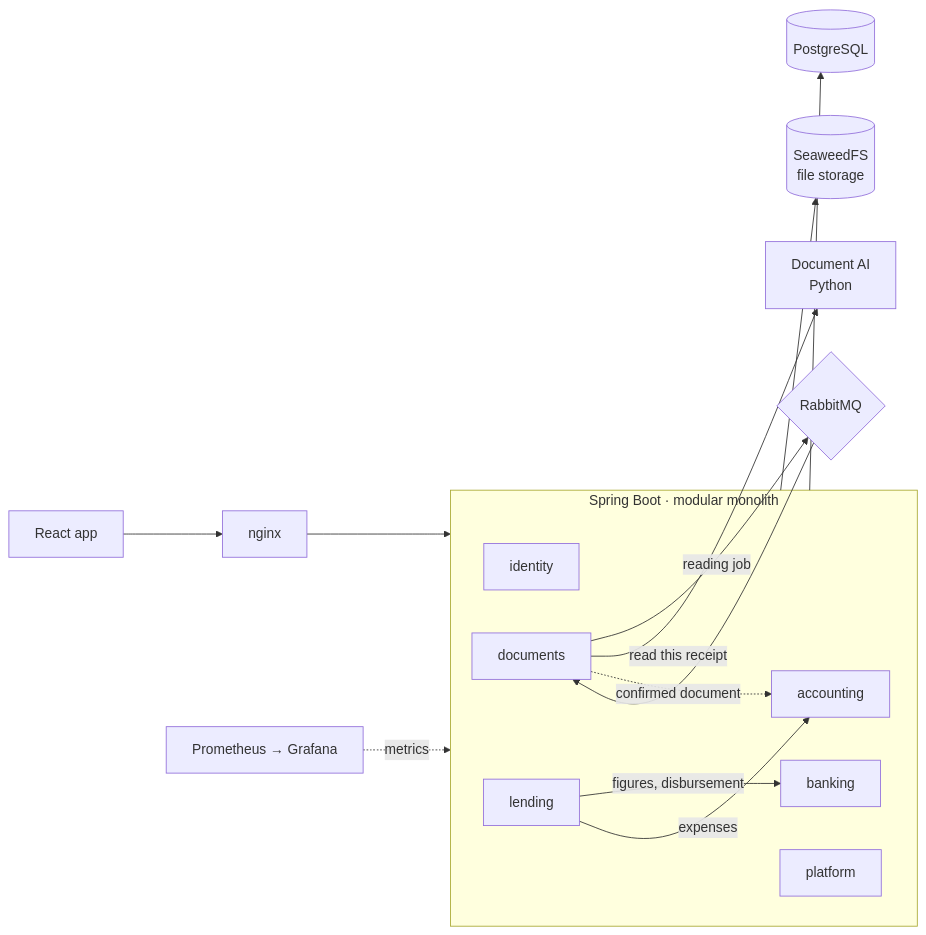
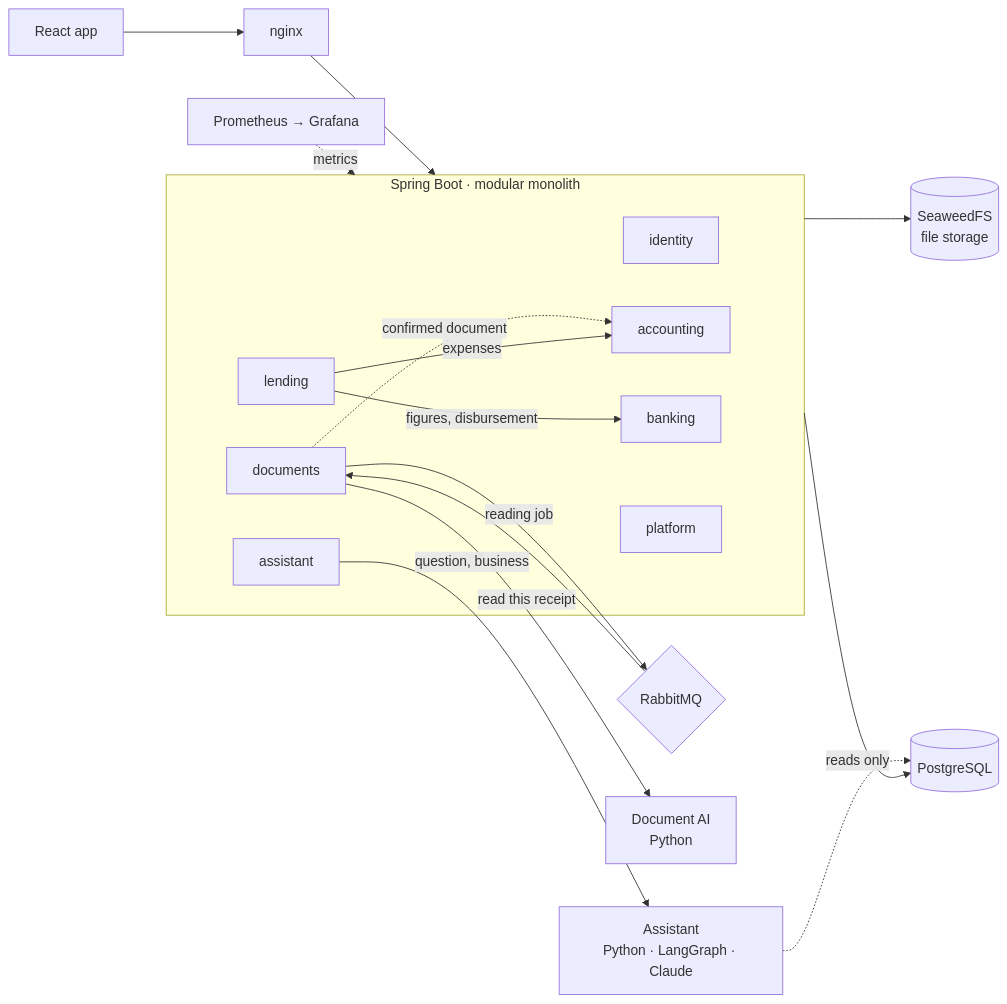
One commit to edisban/Tameio changed the diagram in README.md. Above: the diagram before and after it, drawn with Mermaid. The commit also changed other lines of this file and 3 other files, not shown here.

````diff
--- a/README.md
+++ b/README.md
@@ -33,28 +35,32 @@
 ```mermaid
 flowchart LR
     browser[React app]
     nginx[nginx]
     subgraph api[Spring Boot · modular monolith]
         identity[identity]
         documents[documents]
         accounting[accounting]
         banking[banking]
         lending[lending]
+        assistant[assistant]
         platform[platform]
     end
     db[(PostgreSQL)]
     s3[(SeaweedFS<br/>file storage)]
     mq{RabbitMQ}
     ai[Document AI<br/>Python]
+    agent[Assistant<br/>Python · LangGraph · Claude]
     prom[Prometheus → Grafana]
 
     browser --> nginx --> api
     api --> db
     api --> s3
     documents -- reading job --> mq --> documents
     documents -- read this receipt --> ai
     documents -. confirmed document .-> accounting
     lending -- figures, disbursement --> banking
     lending -- expenses --> accounting
+    assistant -- question, business --> agent
+    agent -. reads only .-> db
     prom -. metrics .-> api
 ```
````
